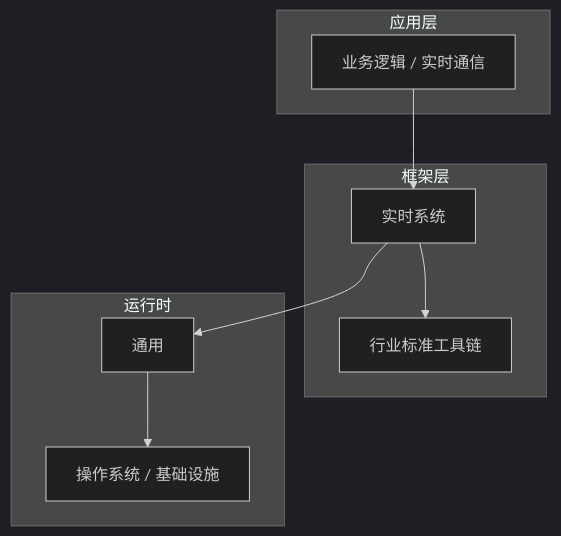
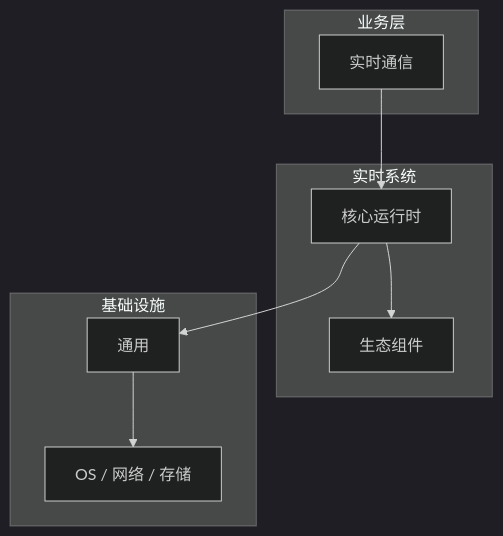
Before and after one commit to yanggan2015/knowledge-json-v2: the diagram in articles/实时系统/chapters/025-实时通信核心概念与原理.md, drawn with Mermaid (dark theme). The commit also changed other lines of this file and 10127 other files, not shown here.

````diff
--- a/articles/实时系统/chapters/025-实时通信核心概念与原理.md
+++ b/articles/实时系统/chapters/025-实时通信核心概念与原理.md
@@ -45,18 +34,18 @@
 ```mermaid
 graph TB
-    subgraph 应用层
-        A[业务逻辑 / 实时通信]
+    subgraph 业务层
+        A[实时通信]
     end
-    subgraph 框架层
-        B[实时系统]
-        C[行业标准工具链]
+    subgraph 实时系统
+        B[核心运行时]
+        C[生态组件]
     end
-    subgraph 运行时
+    subgraph 基础设施
         D[通用]
-        E[操作系统 / 基础设施]
+        E[OS / 网络 / 存储]
     end
     A --> B
     B --> C
     B --> D
     D --> E
 ```
````
